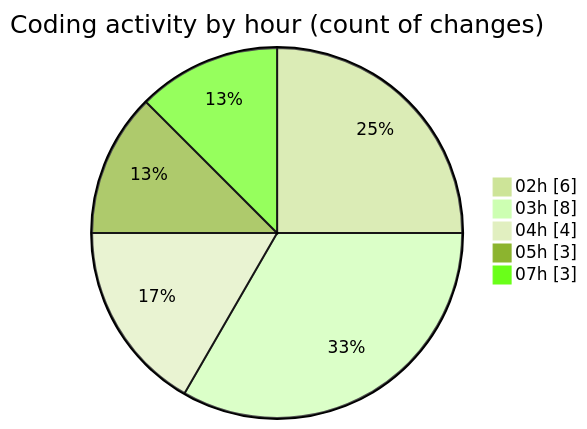
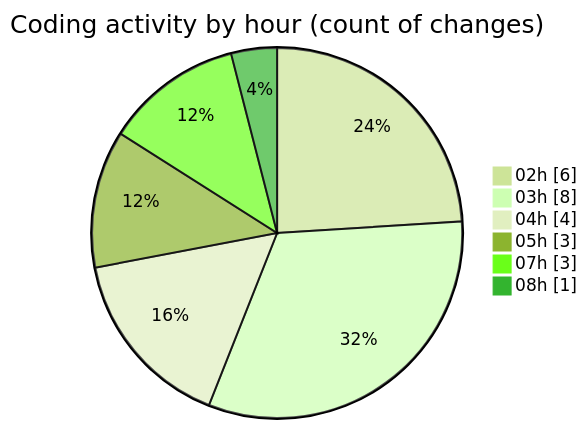
Before and after one commit to FelipKnott/code-tracking: the second of 2 diagrams in 2025-07-03/cursor/README.md, drawn with Mermaid (forest theme). The commit also changed other lines of this file and 1 other file, not shown here.

````diff
--- a/2025-07-03/cursor/README.md
+++ b/2025-07-03/cursor/README.md
@@ -34,9 +35,10 @@
 ```mermaid
 pie showData
 title Coding activity by hour (count of changes)
 "02h" : 6
 "03h" : 8
 "04h" : 4
 "05h" : 3
 "07h" : 3
+"08h" : 1
 ```
````
